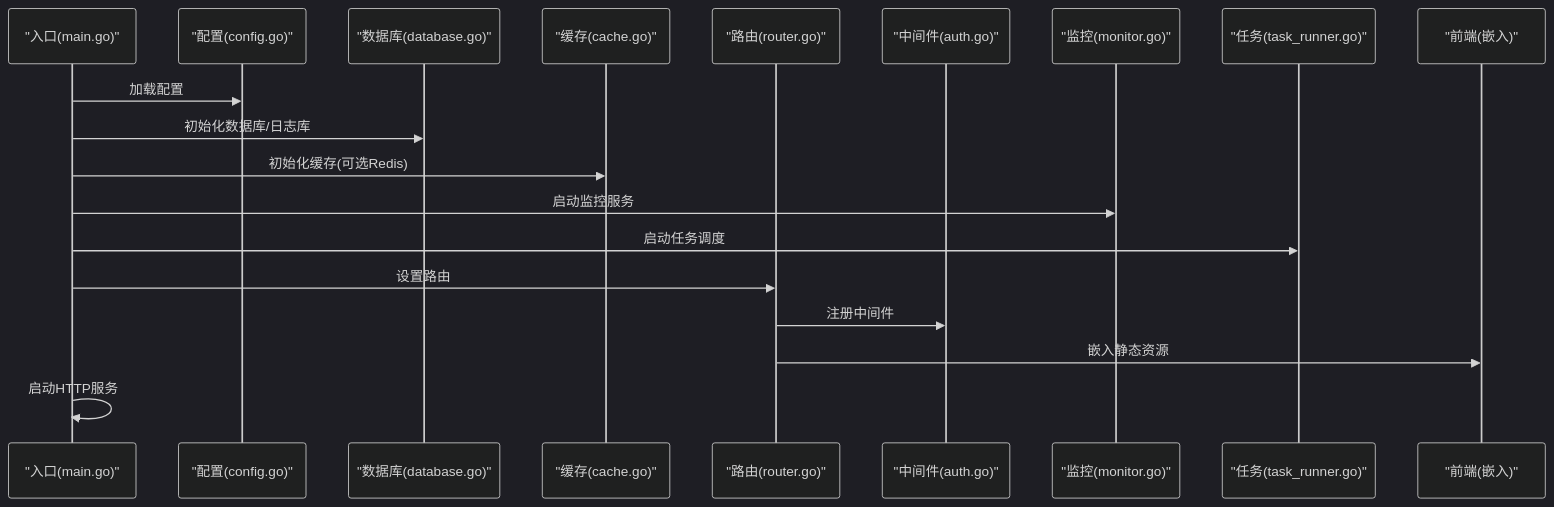
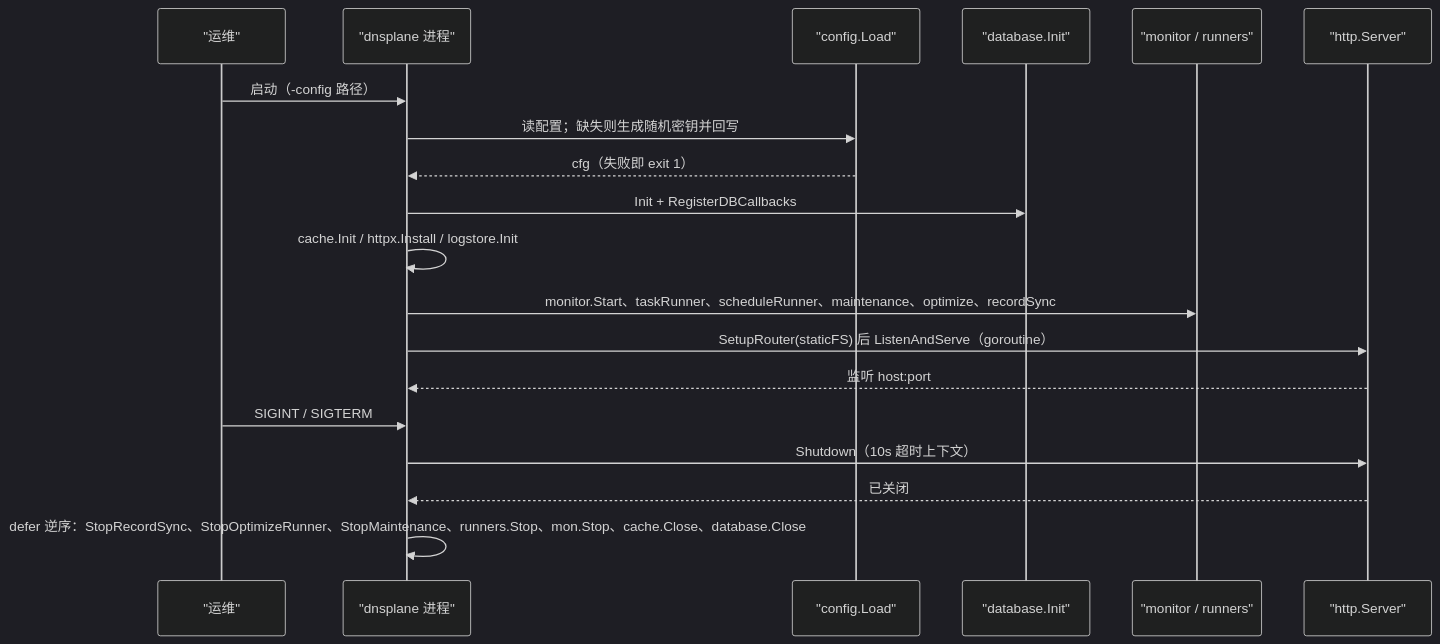
The second of 3 diagrams in docs/部署运维/部署运维.md (x01n/dnsplane), drawn with Mermaid (dark theme) before and after one commit. The commit also changed other lines of this file and 326 other files, not shown here.

````diff
--- a/docs/部署运维/部署运维.md
+++ b/docs/部署运维/部署运维.md
@@ -117,21 +190,21 @@
 ```mermaid
 sequenceDiagram
-participant Entrypoint as "入口(main.go)"
-participant Cfg as "配置(config.go)"
-participant DB as "数据库(database.go)"
-participant Cache as "缓存(cache.go)"
-participant API as "路由(router.go)"
-participant MW as "中间件(auth.go)"
-participant Mon as "监控(monitor.go)"
-participant Srv as "任务(task_runner.go)"
-participant Web as "前端(嵌入)"
-Entrypoint->>Cfg : 加载配置
-Entrypoint->>DB : 初始化数据库/日志库
-Entrypoint->>Cache : 初始化缓存(可选Redis)
-Entrypoint->>Mon : 启动监控服务
-Entrypoint->>Srv : 启动任务调度
-Entrypoint->>API : 设置路由
-API->>MW : 注册中间件
-API->>Web : 嵌入静态资源
-Entrypoint->>Entrypoint : 启动HTTP服务
+participant Op as "运维"
+participant P as "dnsplane 进程"
+participant Cfg as "config.Load"
+participant DB as "database.Init"
+participant Mon as "monitor / runners"
+participant HTTP as "http.Server"
+Op->>P : 启动（-config 路径）
+P->>Cfg : 读配置；缺失则生成随机密钥并回写
+Cfg-->>P : cfg（失败即 exit 1）
+P->>DB : Init + RegisterDBCallbacks
+P->>P : cache.Init / httpx.Install / logstore.Init
+P->>Mon : monitor.Start、taskRunner、scheduleRunner、maintenance、optimize、recordSync
+P->>HTTP : SetupRouter(staticFS) 后 ListenAndServe（goroutine）
+HTTP-->>P : 监听 host:port
+Op->>P : SIGINT / SIGTERM
+P->>HTTP : Shutdown（10s 超时上下文）
+HTTP-->>P : 已关闭
+P->>P : defer 逆序：StopRecordSync、StopOptimizeRunner、StopMaintenance、runners.Stop、mon.Stop、cache.Close、database.Close
 ```
````
